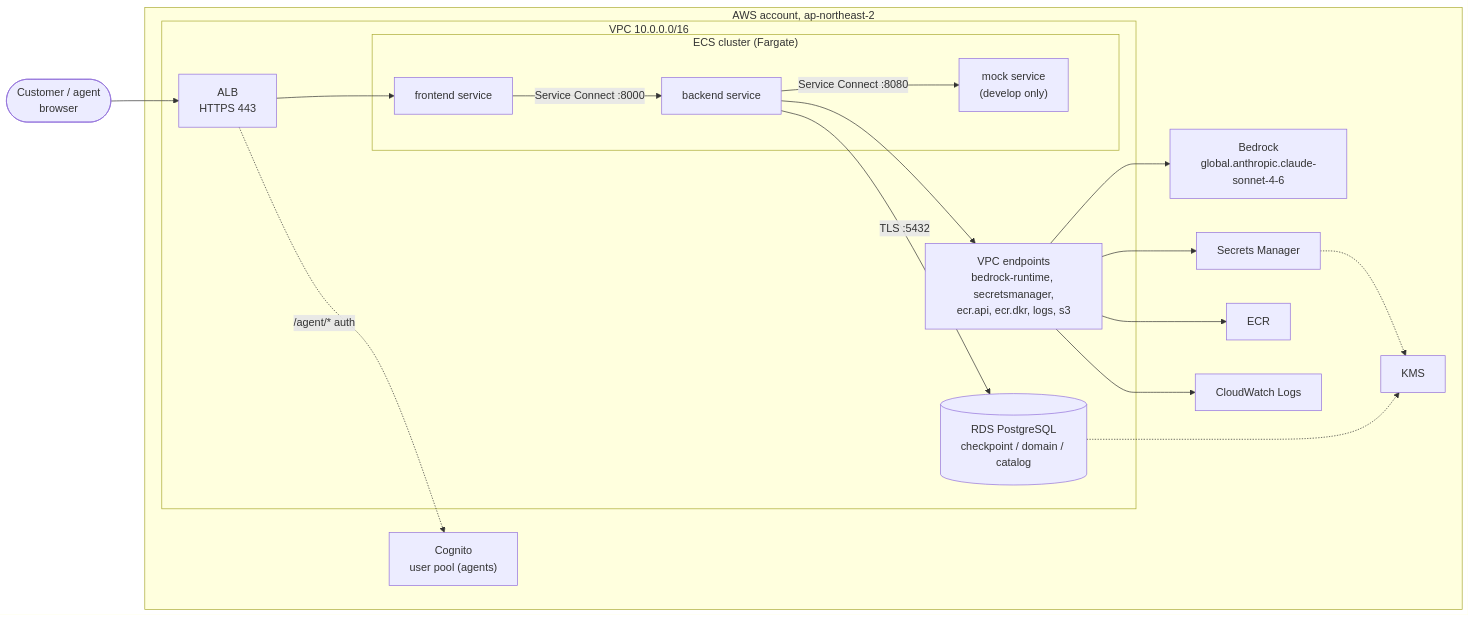
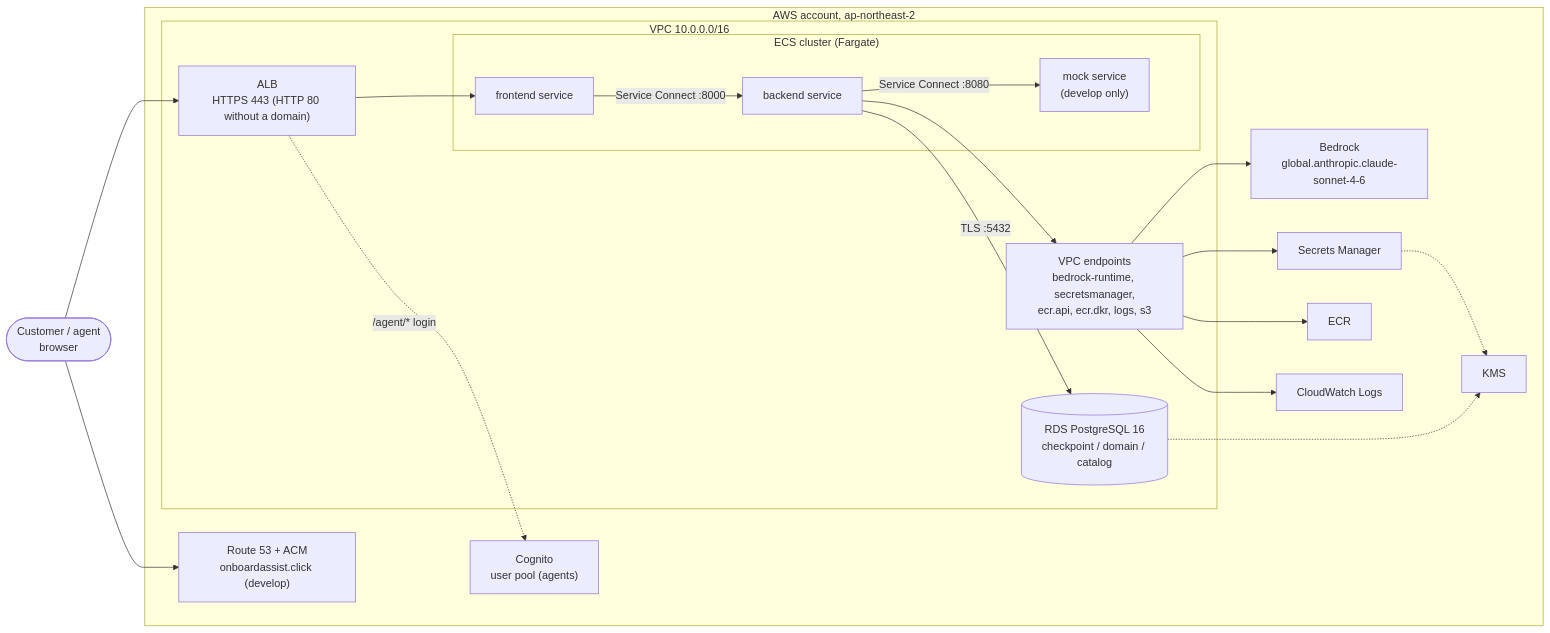
Before and after one commit to pjh4993/insurance-onboarding-assistant: the diagram in docs/aws-architecture.md, drawn with Mermaid. The commit also changed other lines of this file and 12 other files, not shown here.

````diff
--- a/docs/aws-architecture.md
+++ b/docs/aws-architecture.md
@@ -11,34 +11,36 @@
 ```mermaid
 flowchart LR
     user(["Customer / agent<br/>browser"])
 
     subgraph aws["AWS account, ap-northeast-2"]
+        r53["Route 53 + ACM<br/>onboardassist.click (develop)"]
         cognito["Cognito<br/>user pool (agents)"]
         subgraph vpc["VPC 10.0.0.0/16"]
-            alb["ALB<br/>HTTPS 443"]
+            alb["ALB<br/>HTTPS 443 (HTTP 80 without a domain)"]
             subgraph ecs["ECS cluster (Fargate)"]
                 fe["frontend service"]
                 be["backend service"]
                 mock["mock service<br/>(develop only)"]
             end
-            rds[("RDS PostgreSQL<br/>checkpoint / domain / catalog")]
+            rds[("RDS PostgreSQL 16<br/>checkpoint / domain / catalog")]
             vpce["VPC endpoints<br/>bedrock-runtime, secretsmanager,<br/>ecr.api, ecr.dkr, logs, s3"]
         end
         bedrock["Bedrock<br/>global.anthropic.claude-sonnet-4-6"]
         sm["Secrets Manager"]
         kms["KMS"]
         ecr["ECR"]
         cw["CloudWatch Logs"]
     end
 
+    user --> r53
     user --> alb
-    alb -. "/agent/* auth" .-> cognito
+    alb -. "/agent/* login" .-> cognito
     alb --> fe
     fe -- "Service Connect :8000" --> be
     be -- "Service Connect :8080" --> mock
     be -- "TLS :5432" --> rds
     be --> vpce
     vpce --> bedrock & sm & ecr & cw
     sm -.-> kms
     rds -.-> kms
 ```
````
